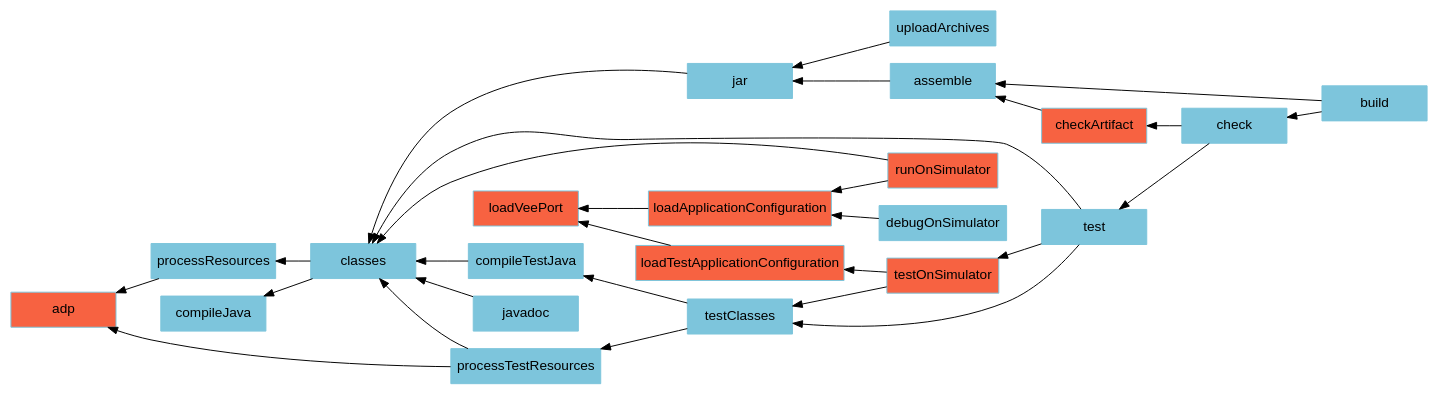
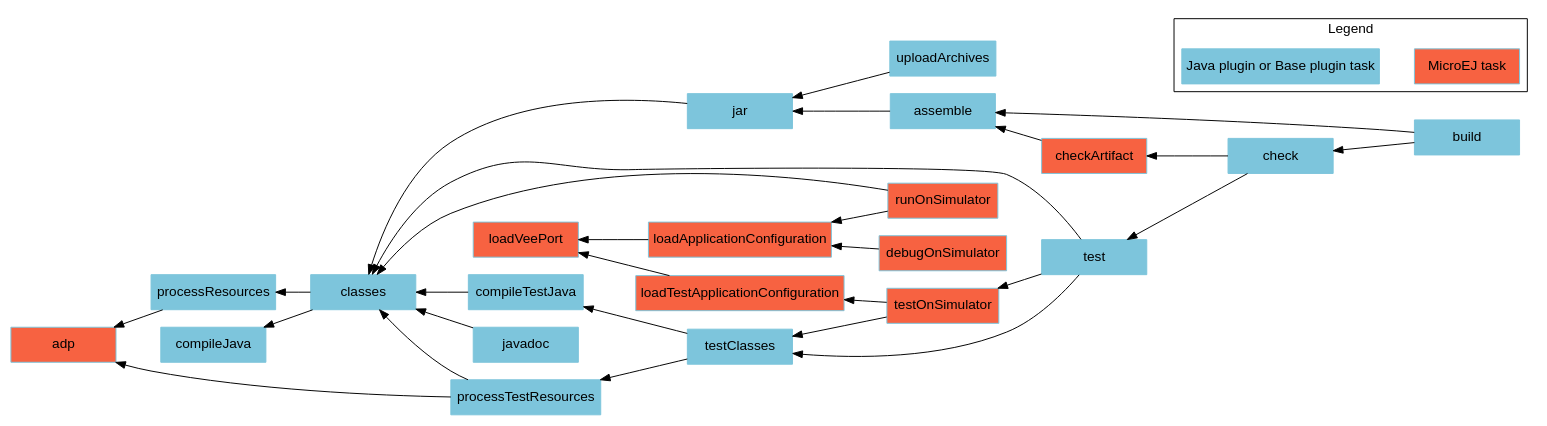
Before and after one commit to MicroEJ/docs: the diagram in SDK6UserGuide/graphJavaModule.dot, drawn with Graphviz. The commit also changed 1 other file, not shown here.

Commit message:
M0078DDG-514 Add missing task description and add legend to the tasks graph

```diff
--- a/SDK6UserGuide/graphJavaModule.dot
+++ b/SDK6UserGuide/graphJavaModule.dot
@@ -1,46 +1,55 @@
 digraph mygraph {
     rankdir="RL";
     fontname="Helvetica,Arial,sans-serif"
     node [
         shape = box
         width = 1.5
         color = "#7dc5dc"
         style = filled
         fontname="Helvetica,Arial,sans-serif"
     ]
     edge [fontname="Helvetica,Arial,sans-serif"]
     "adp" [fillcolor = "#f76241"]
     "checkArtifact" [fillcolor = "#f76241"]
     "loadVeePort" [fillcolor = "#f76241"]
     "loadApplicationConfiguration" [fillcolor = "#f76241"]
     "loadTestApplicationConfiguration" [fillcolor = "#f76241"]
     "runOnSimulator" [fillcolor = "#f76241"]
+    "debugOnSimulator" [fillcolor = "#f76241"]
     "testOnSimulator" [fillcolor = "#f76241"]
     "build" -> "check"
     "check" -> "test"
     "test" -> "testOnSimulator"
     "test" -> "classes"
     "test" -> "testClasses"
     "testOnSimulator" -> "testClasses"
     "testOnSimulator" -> "loadTestApplicationConfiguration"
     "testClasses" -> "compileTestJava"
     "testClasses" -> "processTestResources"
     "loadTestApplicationConfiguration" -> "loadVeePort"
     "processResources" -> "adp"
     "processTestResources" -> "adp"
     "processTestResources" -> "classes"
     "compileTestJava" -> "classes"
     "javadoc" -> "classes"
     "classes" -> "compileJava"
     "classes" -> "processResources"
     "build" -> "assemble"
     "assemble" -> "jar"
     "uploadArchives" -> "jar"
     "jar" -> "classes"
     "runOnSimulator" -> "classes"
     "runOnSimulator" -> "loadApplicationConfiguration"
     "debugOnSimulator" -> "loadApplicationConfiguration"
     "loadApplicationConfiguration" -> "loadVeePort"
     "checkArtifact" -> "assemble"
     "check" -> "checkArtifact"
+
+    subgraph cluster_legend {
+        label="Legend";
+        microej [fillcolor="#f76241" label="MicroEJ task"];
+        java [fillcolor="#7dc5dc" label="Java plugin or Base plugin task"];
+        microej -> java [style=invis];
+        java -> microej [style=invis];
+    }
 }
```
